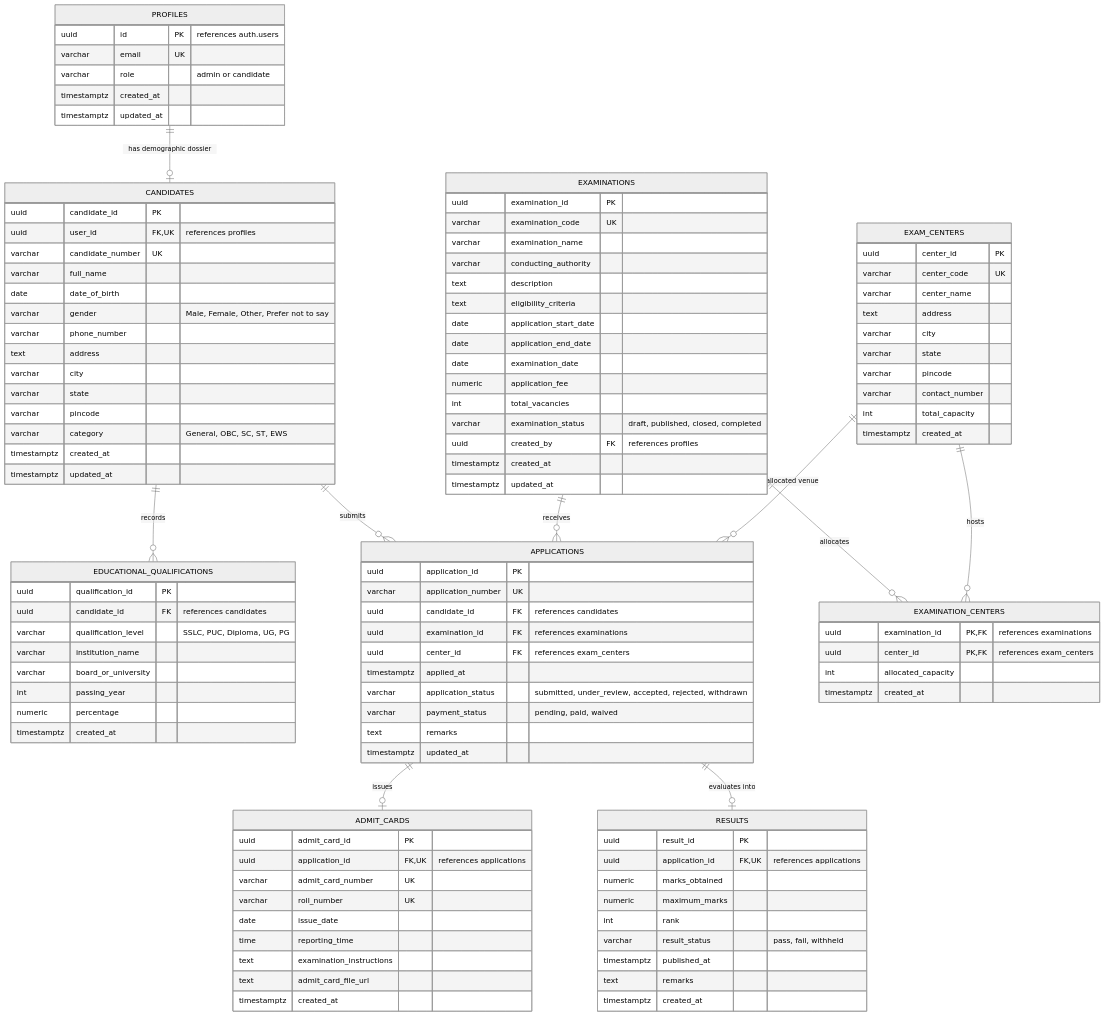
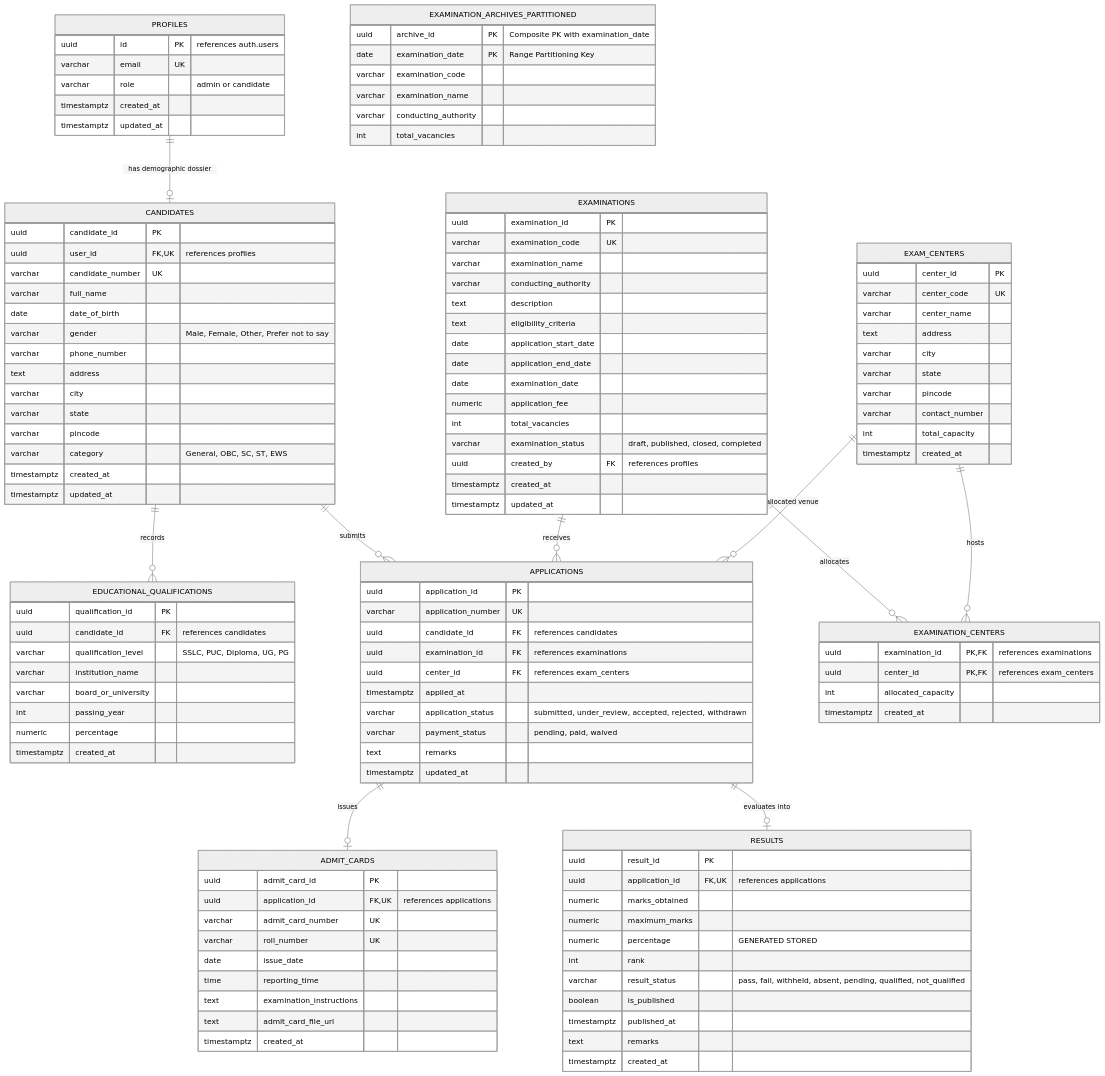
Before and after one commit to Ujwalushettigar/DBMS-Mini-Project: the diagram in docs/er-diagram.md, drawn with Mermaid (neutral theme). The commit also changed other lines of this file and 61 other files, not shown here.

````diff
--- a/docs/er-diagram.md
+++ b/docs/er-diagram.md
@@ -119,10 +119,21 @@
         uuid application_id FK,UK "references applications"
         numeric marks_obtained
         numeric maximum_marks
+        numeric percentage "GENERATED STORED"
         int rank
-        varchar result_status "pass, fail, withheld"
+        varchar result_status "pass, fail, withheld, absent, pending, qualified, not_qualified"
+        boolean is_published
         timestamptz published_at
         text remarks
         timestamptz created_at
     }
+
+    EXAMINATION_ARCHIVES_PARTITIONED {
+        uuid archive_id PK "Composite PK with examination_date"
+        date examination_date PK "Range Partitioning Key"
+        varchar examination_code
+        varchar examination_name
+        varchar conducting_authority
+        int total_vacancies
+    }
 ```
````
